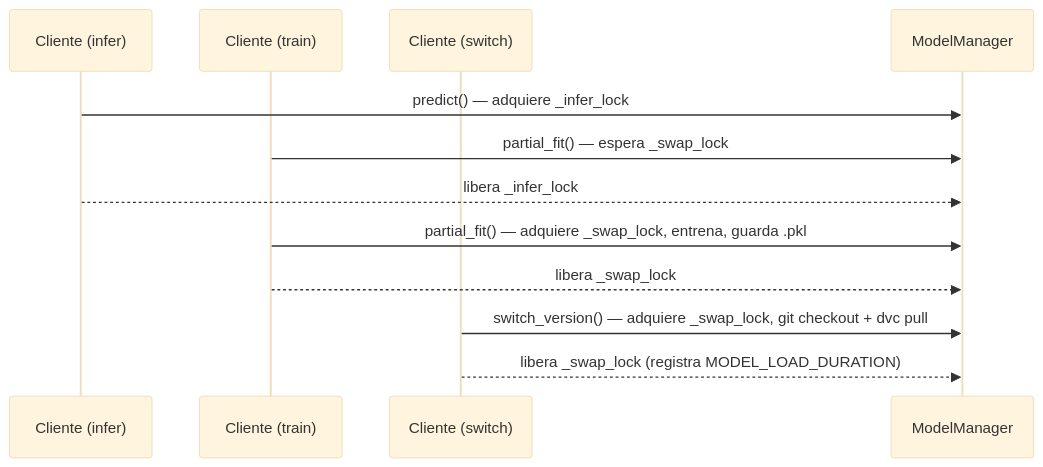
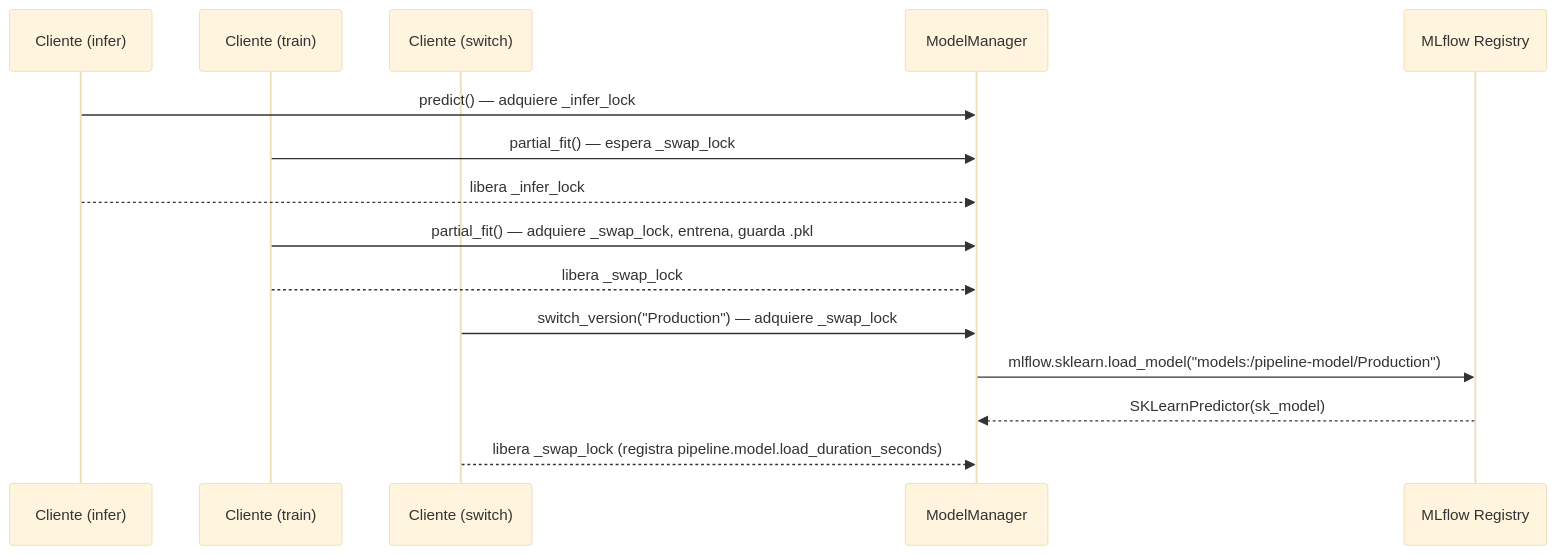
Before and after one commit to VSXR/PipelineModeling: the second of 3 diagrams in docs/architecture.md, drawn with Mermaid (base theme). The commit also changed other lines of this file and 45 other files, not shown here.

Commit message:
Pipeline actualizado para mayor rendimiento, falta Graphana

````diff
--- a/docs/architecture.md
+++ b/docs/architecture.md
@@ -128,15 +123,18 @@
 ```mermaid
 sequenceDiagram
     participant C1 as Cliente (infer)
     participant C2 as Cliente (train)
     participant C3 as Cliente (switch)
     participant MM as ModelManager
+    participant MLF as MLflow Registry
 
     C1->>MM: predict() — adquiere _infer_lock
     C2->>MM: partial_fit() — espera _swap_lock
     C1-->>MM: libera _infer_lock
     C2->>MM: partial_fit() — adquiere _swap_lock, entrena, guarda .pkl
     C2-->>MM: libera _swap_lock
-    C3->>MM: switch_version() — adquiere _swap_lock, git checkout + dvc pull
-    C3-->>MM: libera _swap_lock (registra MODEL_LOAD_DURATION)
+    C3->>MM: switch_version("Production") — adquiere _swap_lock
+    MM->>MLF: mlflow.sklearn.load_model("models:/pipeline-model/Production")
+    MLF-->>MM: SKLearnPredictor(sk_model)
+    C3-->>MM: libera _swap_lock (registra pipeline.model.load_duration_seconds)
 ```
````
